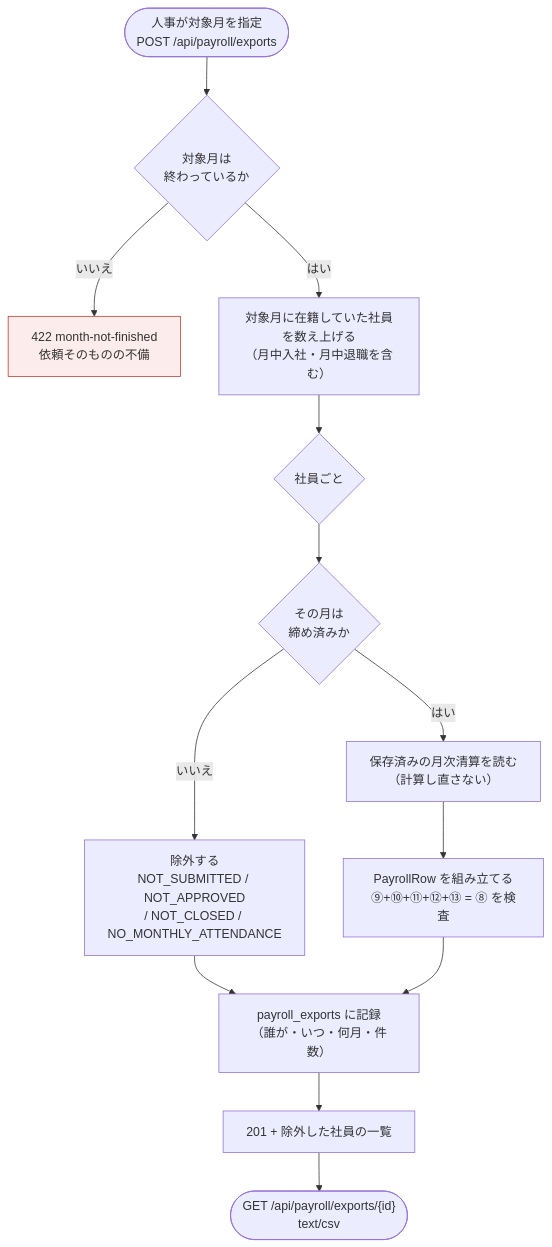
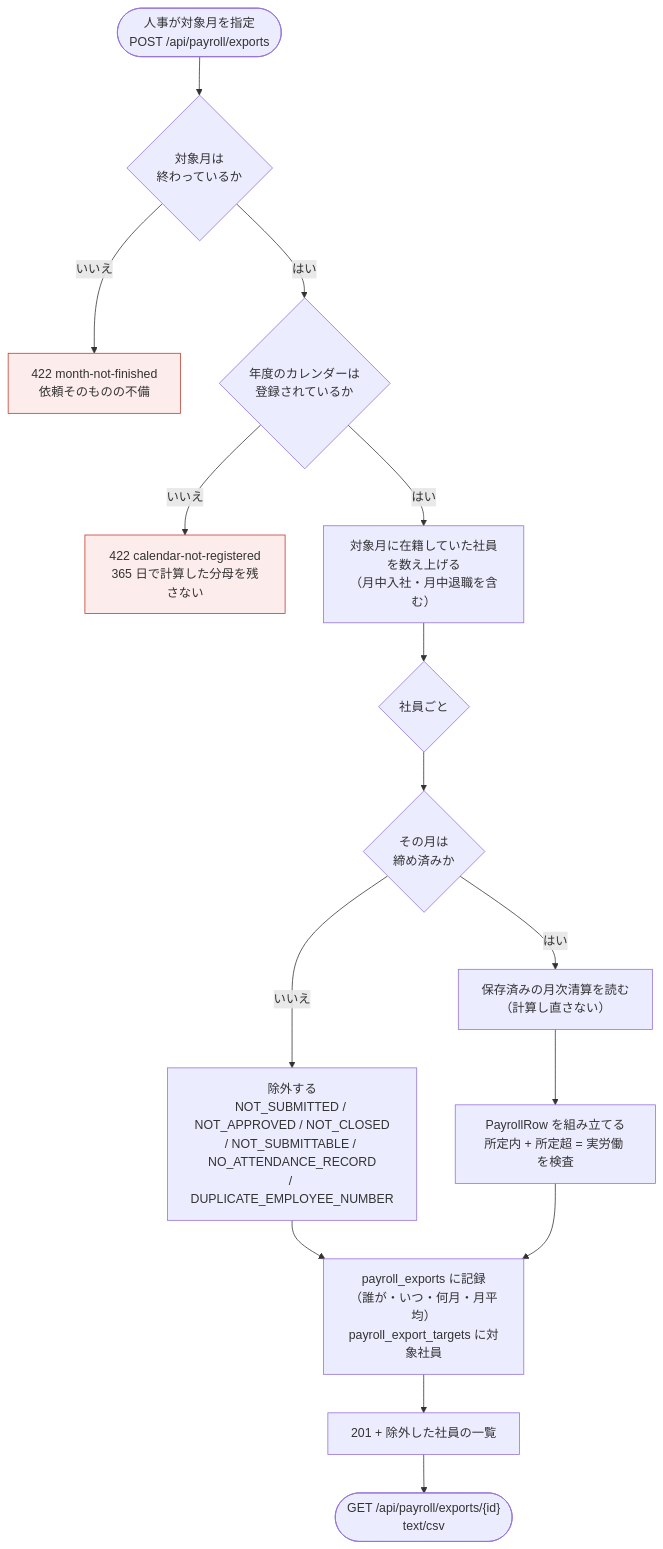
One commit to masaki-i02/newJavaProject changed the diagram in doc/02_詳細設計/07_給与連携/diagrams/出力の流れ.mmd. Above: the diagram before and after it, drawn with Mermaid. The commit also changed 20 other files, not shown here.

```diff
--- a/doc/02_詳細設計/07_給与連携/diagrams/出力の流れ.mmd
+++ b/doc/02_詳細設計/07_給与連携/diagrams/出力の流れ.mmd
@@ -1,16 +1,18 @@
 flowchart TB
     start(["人事が対象月を指定<br/>POST /api/payroll/exports"]) --> finished{"対象月は<br/>終わっているか"}
     finished -- いいえ --> err["422 month-not-finished<br/>依頼そのものの不備"]
-    finished -- はい --> roster["対象月に在籍していた社員を数え上げる<br/>（月中入社・月中退職を含む）"]
+    finished -- はい --> calendar{"年度のカレンダーは<br/>登録されているか"}
+    calendar -- いいえ --> err2["422 calendar-not-registered<br/>365 日で計算した分母を残さない"]
+    calendar -- はい --> roster["対象月に在籍していた社員を数え上げる<br/>（月中入社・月中退職を含む）"]
     roster --> loop{"社員ごと"}
     loop --> closed{"その月は<br/>締め済みか"}
-    closed -- いいえ --> reason["除外する<br/>NOT_SUBMITTED / NOT_APPROVED<br/>/ NOT_CLOSED / NO_MONTHLY_ATTENDANCE"]
+    closed -- いいえ --> reason["除外する<br/>NOT_SUBMITTED / NOT_APPROVED / NOT_CLOSED<br/>/ NOT_SUBMITTABLE / NO_ATTENDANCE_RECORD<br/>/ DUPLICATE_EMPLOYEE_NUMBER"]
     closed -- はい --> read["保存済みの月次清算を読む<br/>（計算し直さない）"]
-    read --> row["PayrollRow を組み立てる<br/>⑨+⑩+⑪+⑫+⑬ = ⑧ を検査"]
+    read --> row["PayrollRow を組み立てる<br/>所定内 + 所定超 = 実労働 を検査"]
     reason --> record
-    row --> record["payroll_exports に記録<br/>（誰が・いつ・何月・件数）"]
+    row --> record["payroll_exports に記録<br/>（誰が・いつ・何月・月平均）<br/>payroll_export_targets に対象社員"]
     record --> resp["201 + 除外した社員の一覧"]
     resp --> csv(["GET /api/payroll/exports/{id}<br/>text/csv"])
 
     classDef err fill:#fdecec,stroke:#c0392b
-    class err err
+    class err,err2 err
```
